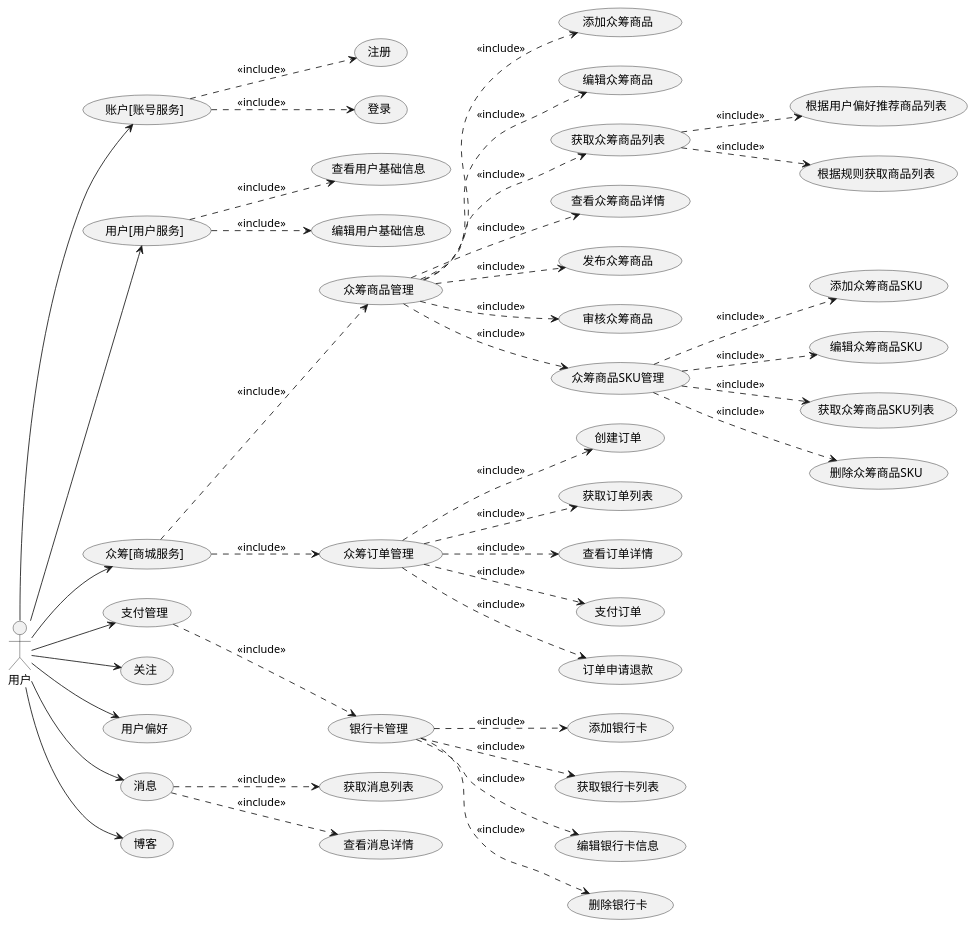
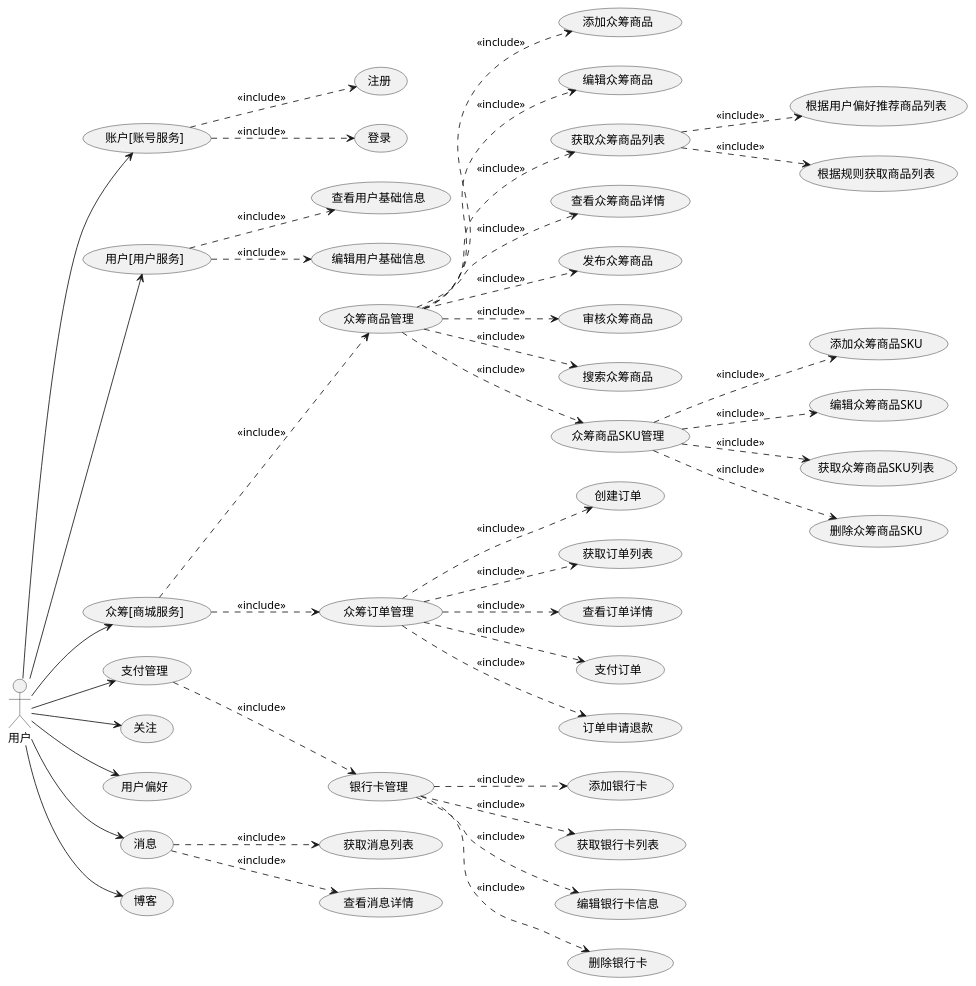
One commit to evildoerX/hyperledger-credit changed the diagram in docs/kickstarter/README.md. Above: the diagram before and after it, drawn with PlantUML.

```diff
--- a/docs/kickstarter/README.md
+++ b/docs/kickstarter/README.md
@@ -6,42 +6,43 @@
 @startuml
 left to right direction
 用户 --> (账户[账号服务])
 (账户[账号服务]) ..> (注册): <<include>>
 (账户[账号服务]) ..> (登录): <<include>>
 用户 --> (用户[用户服务])
 (用户[用户服务]) ..> (查看用户基础信息): <<include>>
 (用户[用户服务]) ..> (编辑用户基础信息): <<include>>
 用户 --> (众筹[商城服务])
 (众筹[商城服务]) ..> (众筹商品管理) : <<include>>
 (众筹商品管理) ..> (添加众筹商品): <<include>>
 (众筹商品管理) ..> (编辑众筹商品): <<include>>
 (众筹商品管理) ..> (获取众筹商品列表): <<include>>
 (获取众筹商品列表) ..> (根据用户偏好推荐商品列表): <<include>>
 (获取众筹商品列表) ..> (根据规则获取商品列表): <<include>>
 (众筹商品管理) ..> (查看众筹商品详情): <<include>>
 (众筹商品管理) ..> (发布众筹商品): <<include>>
 (众筹商品管理) ..> (审核众筹商品): <<include>>
+(众筹商品管理) ..> (搜索众筹商品): <<include>>
 (众筹商品管理) ..> (众筹商品SKU管理): <<include>>
 (众筹商品SKU管理) ..> (添加众筹商品SKU): <<include>>
 (众筹商品SKU管理) ..> (编辑众筹商品SKU): <<include>>
 (众筹商品SKU管理) ..> (获取众筹商品SKU列表): <<include>>
 (众筹商品SKU管理) ..> (删除众筹商品SKU): <<include>>
 (众筹[商城服务]) ..> (众筹订单管理) : <<include>>
 (众筹订单管理) ..> (创建订单): <<include>>
 (众筹订单管理) ..> (获取订单列表): <<include>>
 (众筹订单管理) ..> (查看订单详情): <<include>>
 (众筹订单管理) ..> (支付订单): <<include>>
 (众筹订单管理) ..> (订单申请退款): <<include>>
 用户 --> (支付管理)
 (支付管理) ..> (银行卡管理): <<include>>
 (银行卡管理) ..> (添加银行卡): <<include>>
 (银行卡管理) ..> (获取银行卡列表): <<include>>
 (银行卡管理) ..> (编辑银行卡信息): <<include>>
 (银行卡管理) ..> (删除银行卡): <<include>>
 用户 --> (关注)
 用户 --> (用户偏好)
 用户 --> (消息)
 (消息) ..> (获取消息列表): <<include>>
 (消息) ..> (查看消息详情): <<include>>
 用户 --> (博客)
 @enduml
```
